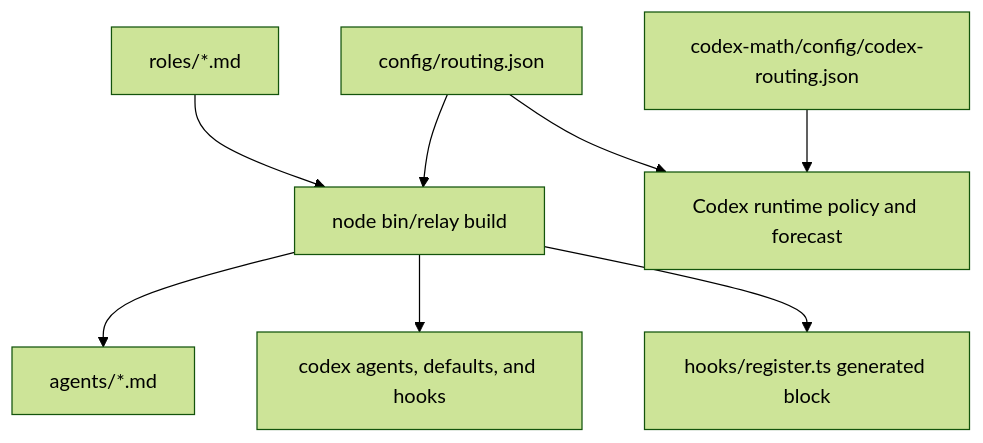
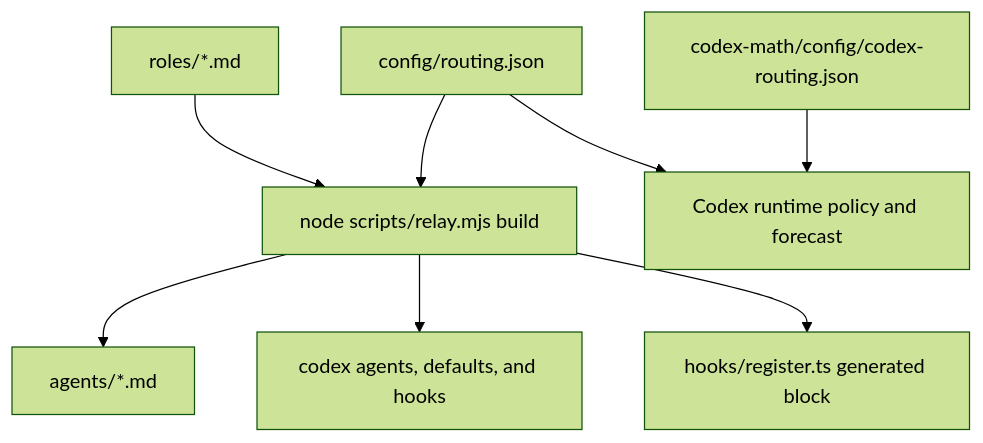
Before and after one commit to cube-digital/relay: the diagram in docs/configuration/README.md, drawn with Mermaid (forest theme). The commit also changed other lines of this file and 40 other files, not shown here.

````diff
--- a/docs/configuration/README.md
+++ b/docs/configuration/README.md
@@ -18,10 +18,10 @@
 ```mermaid
 graph TD
-  R[roles/*.md] --> B[node bin/relay build]
+  R[roles/*.md] --> B[node scripts/relay.mjs build]
   C[config/routing.json] --> B
   B --> A[agents/*.md]
   B --> X[codex agents, defaults, and hooks]
   B --> M[hooks/register.ts generated block]
   K[codex-math/config/codex-routing.json] --> H[Codex runtime policy and forecast]
   C --> H
 ```
````
